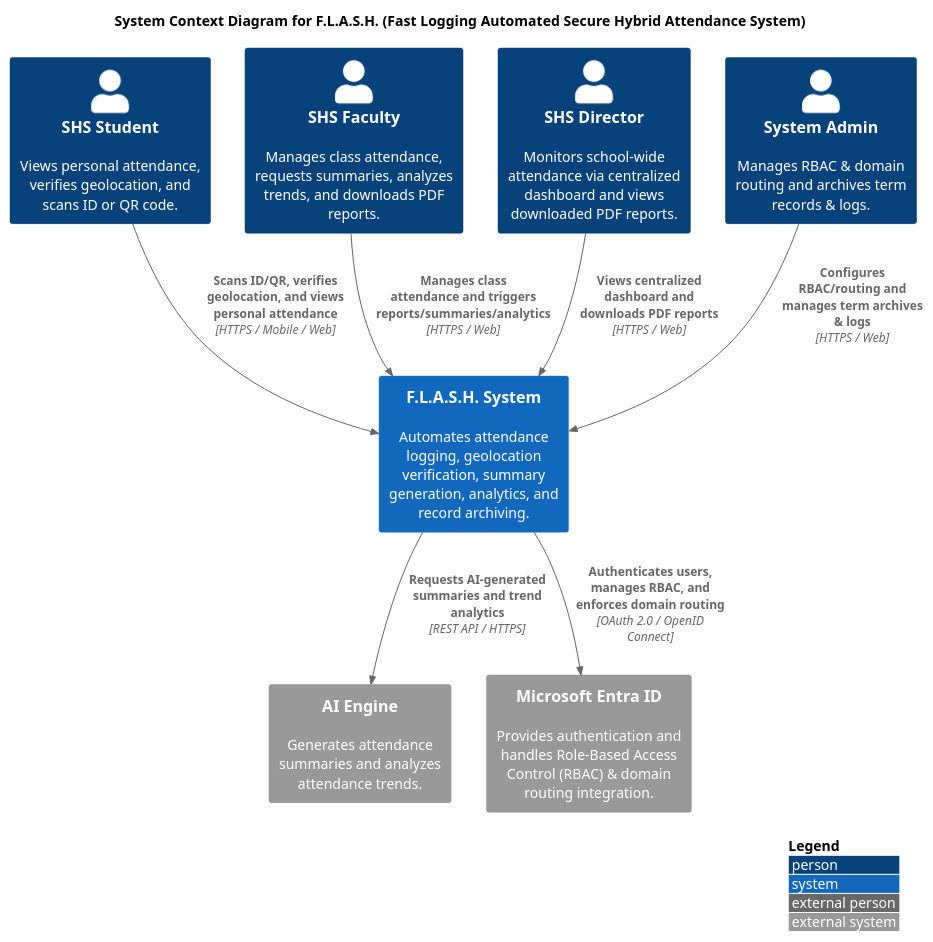
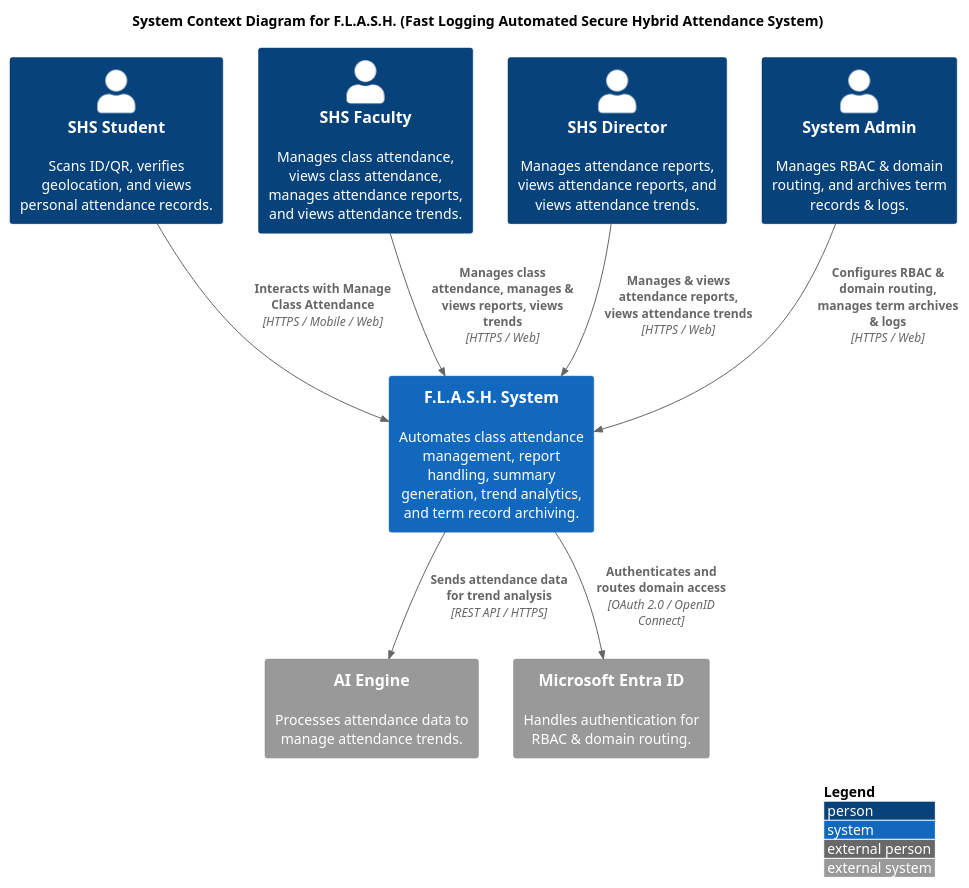
Before and after one commit to APC-SoCIT/APC-2026-2027-T1-IT241-Grp2-F.L.A.S.H-Fast-Logging-Automated-Secure-Hybrid-attendance: the diagram in docs/MSYADD1/SystemContextDiagramCyberByte.puml, drawn with PlantUML.

Commit message:
add PDF export and admin term archiving use cases

```diff
--- a/docs/MSYADD1/SystemContextDiagramCyberByte.puml
+++ b/docs/MSYADD1/SystemContextDiagramCyberByte.puml
@@ -1,31 +1,31 @@
 @startuml
 !include https://raw.githubusercontent.com/plantuml-stdlib/C4-PlantUML/master/C4_Context.puml
 
 LAYOUT_WITH_LEGEND()
 
 title System Context Diagram for F.L.A.S.H. (Fast Logging Automated Secure Hybrid Attendance System)
 
 ' Persons (Users)
-Person(student, "SHS Student", "Views personal attendance, verifies geolocation, and scans ID or QR code.")
-Person(faculty, "SHS Faculty", "Manages class attendance, requests summaries, analyzes trends, and downloads PDF reports.")
-Person(director, "SHS Director", "Monitors school-wide attendance via centralized dashboard and views downloaded PDF reports.")
-Person(admin, "System Admin", "Manages RBAC & domain routing and archives term records & logs.")
+Person(student, "SHS Student", "Scans ID/QR, verifies geolocation, and views personal attendance records.")
+Person(faculty, "SHS Faculty", "Manages class attendance, views class attendance, manages attendance reports, and views attendance trends.")
+Person(director, "SHS Director", "Manages attendance reports, views attendance reports, and views attendance trends.")
+Person(admin, "System Admin", "Manages RBAC & domain routing, and archives term records & logs.")
 
 ' Main System
-System(flash, "F.L.A.S.H. System", "Automates attendance logging, geolocation verification, summary generation, analytics, and record archiving.")
+System(flash, "F.L.A.S.H. System", "Automates class attendance management, report handling, summary generation, trend analytics, and term record archiving.")
 
 ' External Systems
-System_Ext(ai_engine, "AI Engine", "Generates attendance summaries and analyzes attendance trends.")
-System_Ext(entra, "Microsoft Entra ID", "Provides authentication and handles Role-Based Access Control (RBAC) & domain routing integration.")
+System_Ext(ai_engine, "AI Engine", "Processes attendance data to manage attendance trends.")
+System_Ext(entra, "Microsoft Entra ID", "Handles authentication for RBAC & domain routing.")
 
 ' Relationships - Users to System
-Rel(student, flash, "Scans ID/QR, verifies geolocation, and views personal attendance", "HTTPS / Mobile / Web")
-Rel(faculty, flash, "Manages class attendance and triggers reports/summaries/analytics", "HTTPS / Web")
-Rel(director, flash, "Views centralized dashboard and downloads PDF reports", "HTTPS / Web")
-Rel(admin, flash, "Configures RBAC/routing and manages term archives & logs", "HTTPS / Web")
+Rel(student, flash, "Interacts with Manage Class Attendance", "HTTPS / Mobile / Web")
+Rel(faculty, flash, "Manages class attendance, manages & views reports, views trends", "HTTPS / Web")
+Rel(director, flash, "Manages & views attendance reports, views attendance trends", "HTTPS / Web")
+Rel(admin, flash, "Configures RBAC & domain routing, manages term archives & logs", "HTTPS / Web")
 
 ' Relationships - System to External Systems
-Rel(flash, ai_engine, "Requests AI-generated summaries and trend analytics", "REST API / HTTPS")
-Rel(flash, entra, "Authenticates users, manages RBAC, and enforces domain routing", "OAuth 2.0 / OpenID Connect")
+Rel(flash, ai_engine, "Sends attendance data for trend analysis", "REST API / HTTPS")
+Rel(flash, entra, "Authenticates and routes domain access", "OAuth 2.0 / OpenID Connect")
 
 @enduml
```
